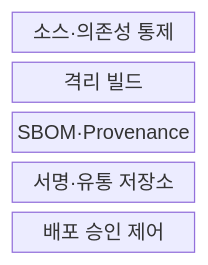
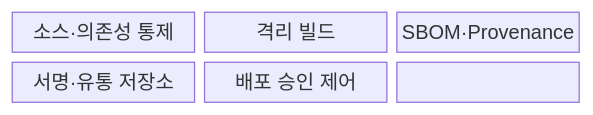
Before and after one commit to agnusdei1207/knowledge-base: the first of 2 diagrams in src/content/docs/notes/08-latest-tech/188_software_supply_chain_security.md, drawn with Mermaid. The commit also changed other lines of this file and 228 other files, not shown here.

````diff
--- a/src/content/docs/notes/08-latest-tech/188_software_supply_chain_security.md
+++ b/src/content/docs/notes/08-latest-tech/188_software_supply_chain_security.md
@@ -50,9 +49,11 @@
 ```mermaid
 block-beta
-  columns 1
-  A["소스·의존성 통제"]
-  B["격리 빌드"]
-  C["SBOM·Provenance"]
-  D["서명·유통 저장소"]
-  E["배포 승인 제어"]
+  columns 3
+  N0["소스·의존성 통제"]
+  N1["격리 빌드"]
+  N2["SBOM·Provenance"]
+  N3["서명·유통 저장소"]
+  N4["배포 승인 제어"]
+  N0 --- N1 --- N2
+  N2 --- N3 --- N4
 ```
````
